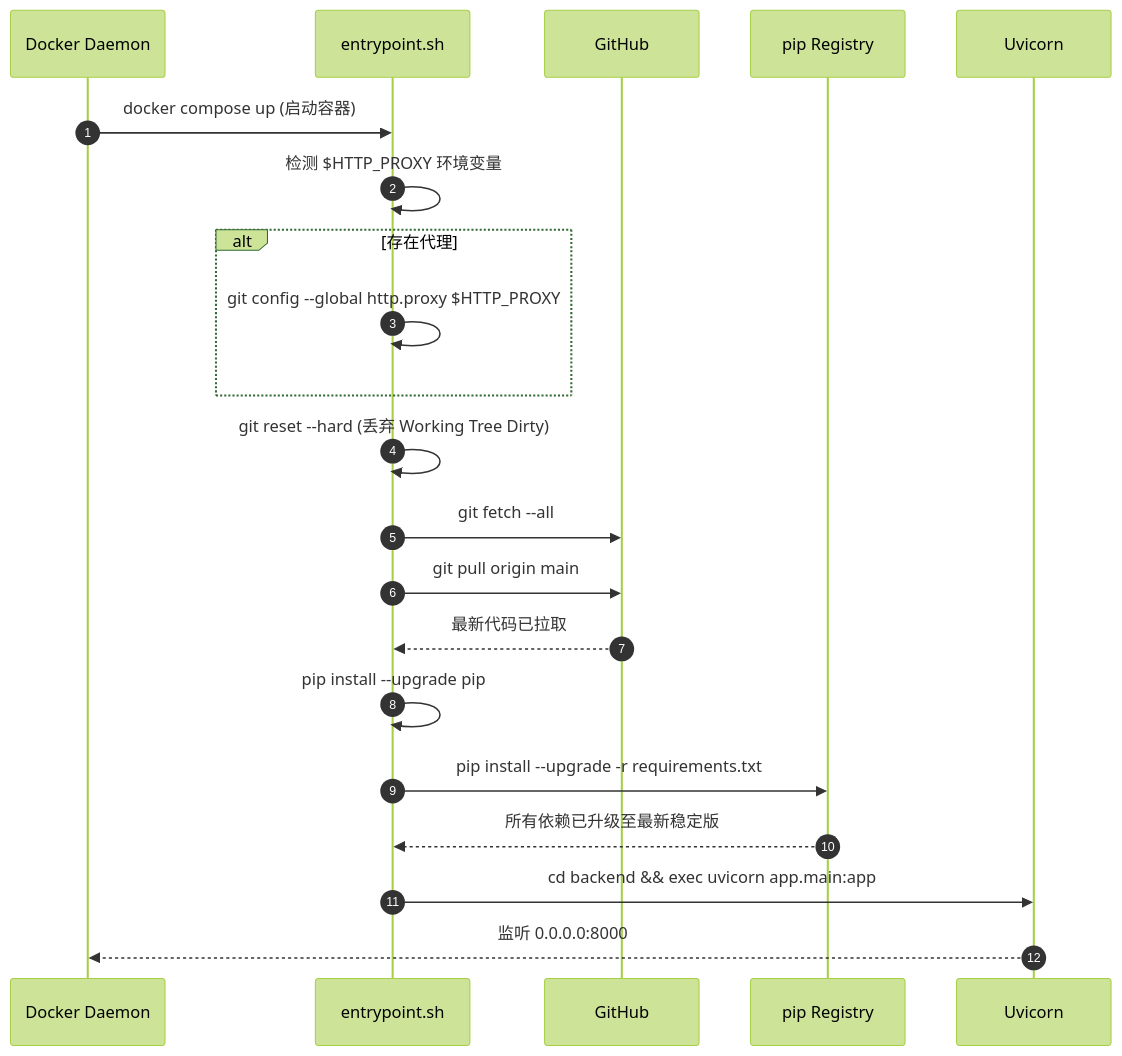
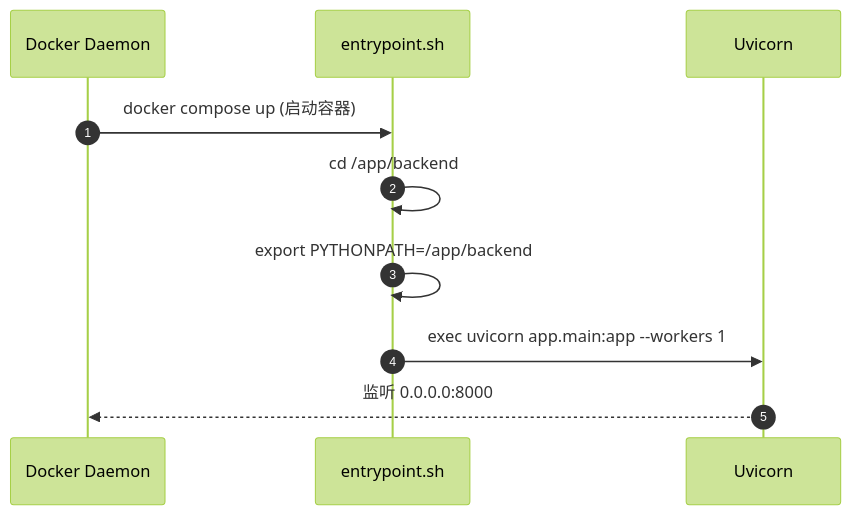
One commit to zx2015/tubehub changed the first of 2 diagrams in docs/design/07-operations.md. Above: the diagram before and after it, drawn with Mermaid (forest theme). The commit also changed other lines of this file and 26 other files, not shown here.

````diff
--- a/docs/design/07-operations.md
+++ b/docs/design/07-operations.md
@@ -25,24 +25,13 @@
 ```mermaid
 sequenceDiagram
     autonumber
     participant DC as Docker Daemon
     participant E as entrypoint.sh
-    participant GH as GitHub
-    participant PyPI as pip Registry
     participant UV as Uvicorn
 
     DC->>E: docker compose up (启动容器)
-    E->>E: 检测 $HTTP_PROXY 环境变量
-    alt 存在代理
-        E->>E: git config --global http.proxy $HTTP_PROXY
-    end
-    E->>E: git reset --hard (丢弃 Working Tree Dirty)
-    E->>GH: git fetch --all
-    E->>GH: git pull origin main
-    GH-->>E: 最新代码已拉取
-    E->>E: pip install --upgrade pip
-    E->>PyPI: pip install --upgrade -r requirements.txt
-    PyPI-->>E: 所有依赖已升级至最新稳定版
-    E->>UV: cd backend && exec uvicorn app.main:app
+    E->>E: cd /app/backend
+    E->>E: export PYTHONPATH=/app/backend
+    E->>UV: exec uvicorn app.main:app --workers 1
     UV-->>DC: 监听 0.0.0.0:8000
 ```
````
